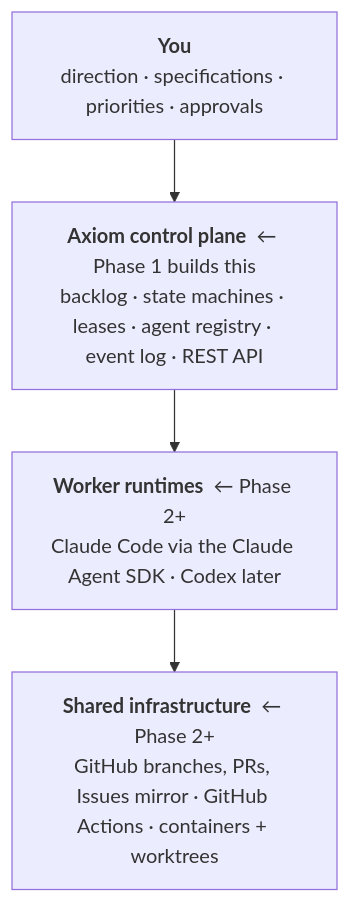
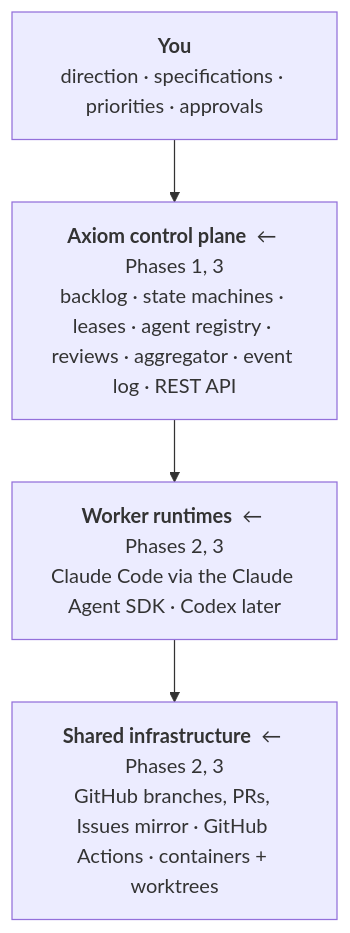
One commit to bharathcmbox/axiom changed the second of 5 diagrams in docs/guide/01-big-picture.md. Above: the diagram before and after it, drawn with Mermaid. The commit also changed other lines of this file and 18 other files, not shown here.

````diff
--- a/docs/guide/01-big-picture.md
+++ b/docs/guide/01-big-picture.md
@@ -33,8 +33,8 @@
 ```mermaid
 flowchart TB
     L1["<b>You</b><br/>direction · specifications · priorities · approvals"]
-    L2["<b>Axiom control plane</b>  ← Phase 1 builds this<br/>backlog · state machines · leases · agent registry · event log · REST API"]
-    L3["<b>Worker runtimes</b>  ← Phase 2+<br/>Claude Code via the Claude Agent SDK · Codex later"]
-    L4["<b>Shared infrastructure</b>  ← Phase 2+<br/>GitHub branches, PRs, Issues mirror · GitHub Actions · containers + worktrees"]
+    L2["<b>Axiom control plane</b>  ← Phases 1, 3<br/>backlog · state machines · leases · agent registry · reviews · aggregator · event log · REST API"]
+    L3["<b>Worker runtimes</b>  ← Phases 2, 3<br/>Claude Code via the Claude Agent SDK · Codex later"]
+    L4["<b>Shared infrastructure</b>  ← Phases 2, 3<br/>GitHub branches, PRs, Issues mirror · GitHub Actions · containers + worktrees"]
     L1 --> L2 --> L3 --> L4
 ```
````
